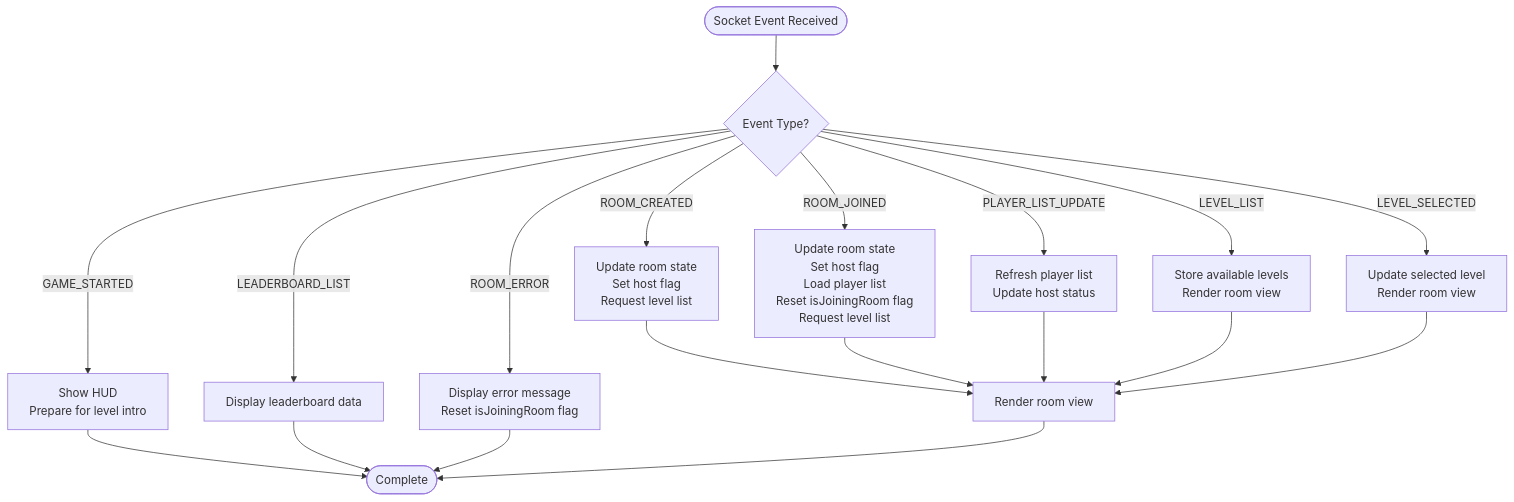
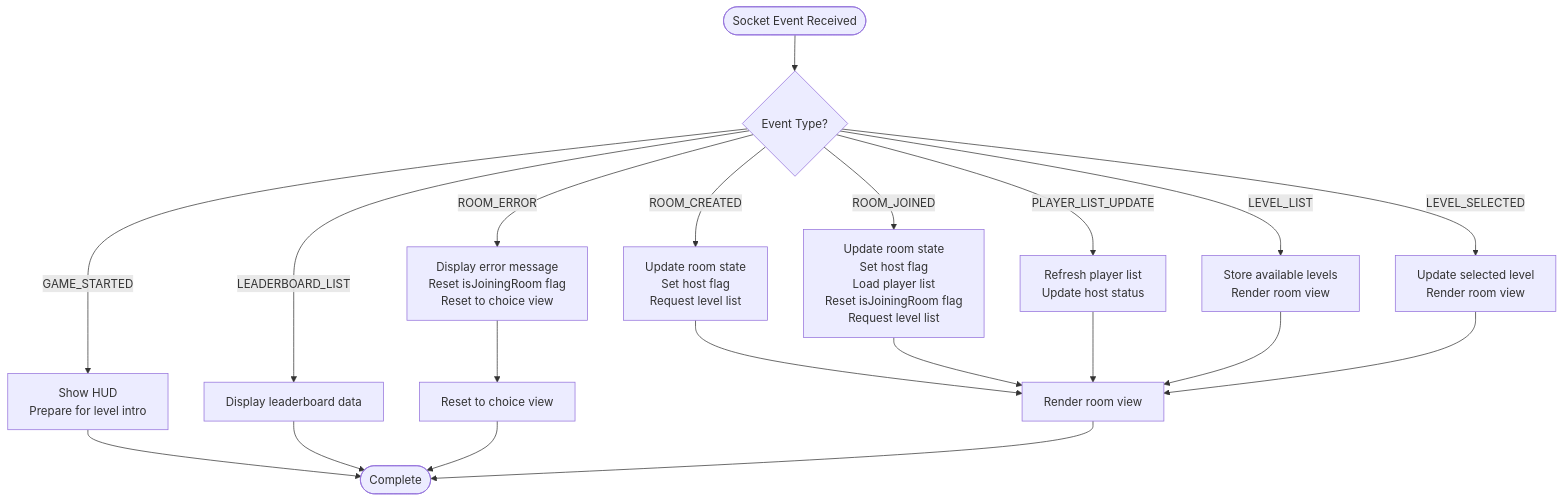
One commit to dkoukoul/escape-room-mvp changed the fourth of 15 diagrams in .qoder/repowiki/en/content/Lobby Screen.md. Above: the diagram before and after it, drawn with Mermaid. The commit also changed other lines of this file and 1 other file, not shown here.

````diff
--- a/.qoder/repowiki/en/content/Lobby Screen.md
+++ b/.qoder/repowiki/en/content/Lobby Screen.md
@@ -253,21 +270,22 @@
 ```mermaid
 flowchart TD
 Start([Socket Event Received]) --> EventType{Event Type?}
 EventType --> |ROOM_CREATED| CreateRoom["Update room state<br/>Set host flag<br/>Request level list"]
 EventType --> |ROOM_JOINED| JoinRoom["Update room state<br/>Set host flag<br/>Load player list<br/>Reset isJoiningRoom flag<br/>Request level list"]
 EventType --> |PLAYER_LIST_UPDATE| UpdatePlayers["Refresh player list<br/>Update host status"]
 EventType --> |LEVEL_LIST| LoadLevels["Store available levels<br/>Render room view"]
 EventType --> |LEVEL_SELECTED| SelectLevel["Update selected level<br/>Render room view"]
 EventType --> |GAME_STARTED| Transition["Show HUD<br/>Prepare for level intro"]
 EventType --> |LEADERBOARD_LIST| UpdateLeaderboard["Display leaderboard data"]
-EventType --> |ROOM_ERROR| ShowError["Display error message<br/>Reset isJoiningRoom flag"]
+EventType --> |ROOM_ERROR| ShowError["Display error message<br/>Reset isJoiningRoom flag<br/>Reset to choice view"]
 CreateRoom --> RenderRoom["Render room view"]
 JoinRoom --> RenderRoom
 UpdatePlayers --> RenderRoom
 LoadLevels --> RenderRoom
 SelectLevel --> RenderRoom
 Transition --> End([Complete])
 UpdateLeaderboard --> End
-ShowError --> End
+ShowError --> ResetView["Reset to choice view"]
+ResetView --> End
 RenderRoom --> End
 ```
````
